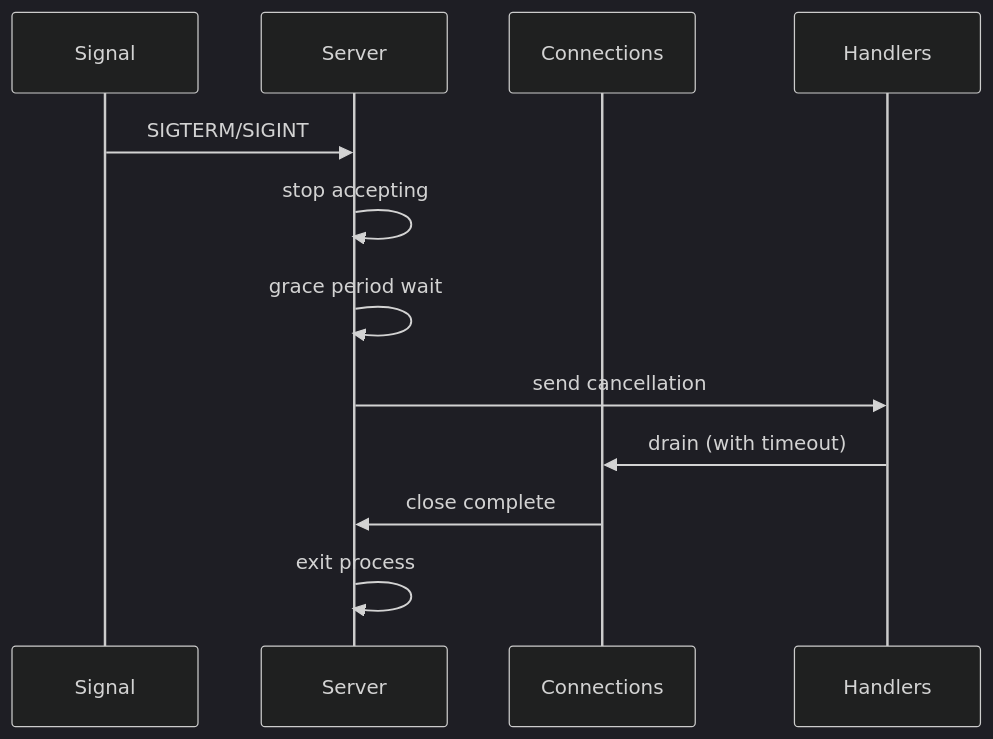
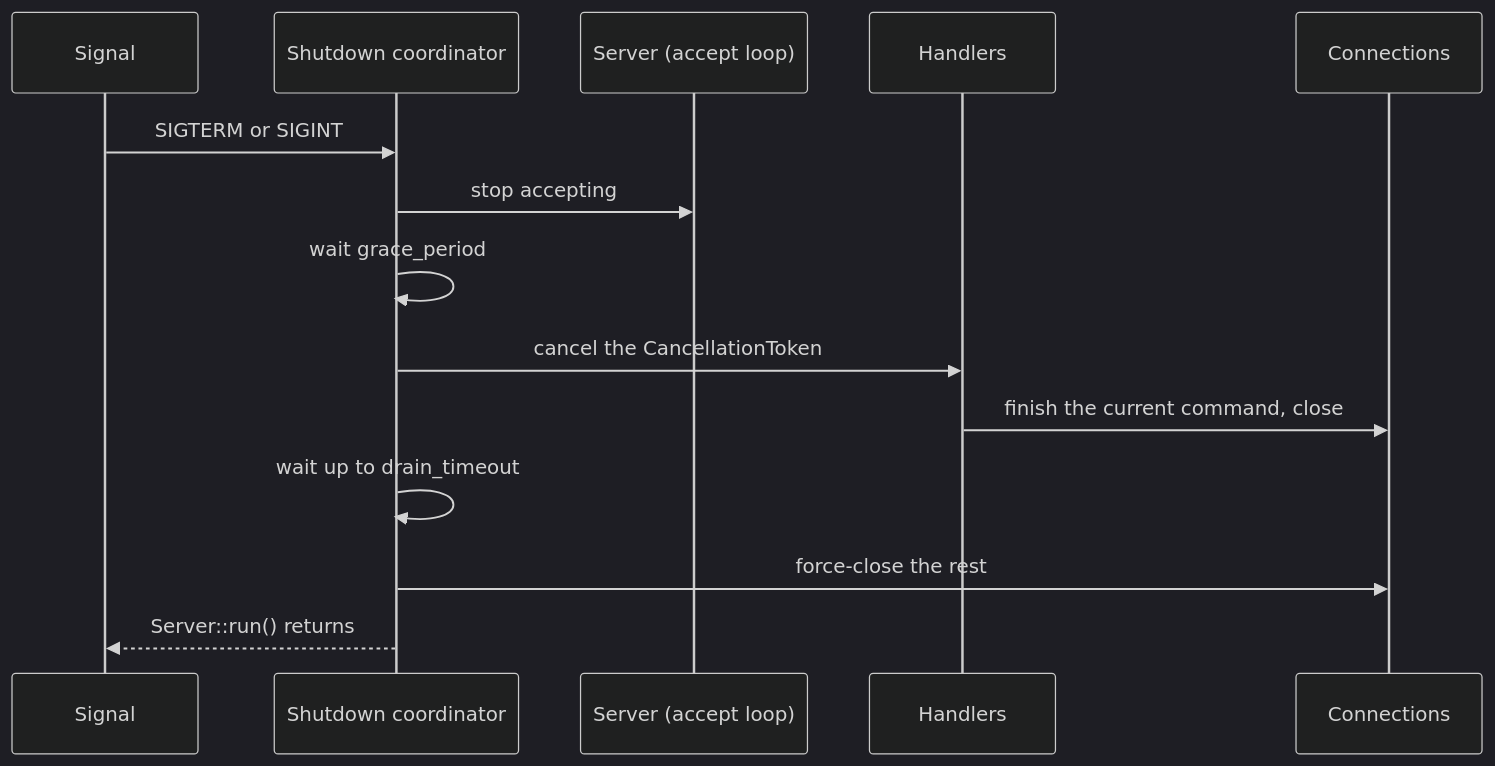
Before and after one commit to photom/rust-milter: the sixth of 7 diagrams in docs/reference/architecture.md, drawn with Mermaid (dark theme). The commit also changed other lines of this file and 13 other files, not shown here.

````diff
--- a/docs/reference/architecture.md
+++ b/docs/reference/architecture.md
@@ -242,15 +289,17 @@
 ```mermaid
 sequenceDiagram
     participant Signal
-    participant Server
+    participant Shutdown as Shutdown coordinator
+    participant Server as Server (accept loop)
+    participant Handlers
     participant Connections
-    participant Handlers
 
-    Signal->>Server: SIGTERM/SIGINT
-    Server->>Server: stop accepting
-    Server->>Server: grace period wait
-    Server->>Handlers: send cancellation
-    Handlers->>Connections: drain (with timeout)
-    Connections->>Server: close complete
-    Server->>Server: exit process
+    Signal->>Shutdown: SIGTERM or SIGINT
+    Shutdown->>Server: stop accepting
+    Shutdown->>Shutdown: wait grace_period
+    Shutdown->>Handlers: cancel the CancellationToken
+    Handlers->>Connections: finish the current command, close
+    Shutdown->>Shutdown: wait up to drain_timeout
+    Shutdown->>Connections: force-close the rest
+    Shutdown-->>Signal: Server::run() returns
 ```
````
